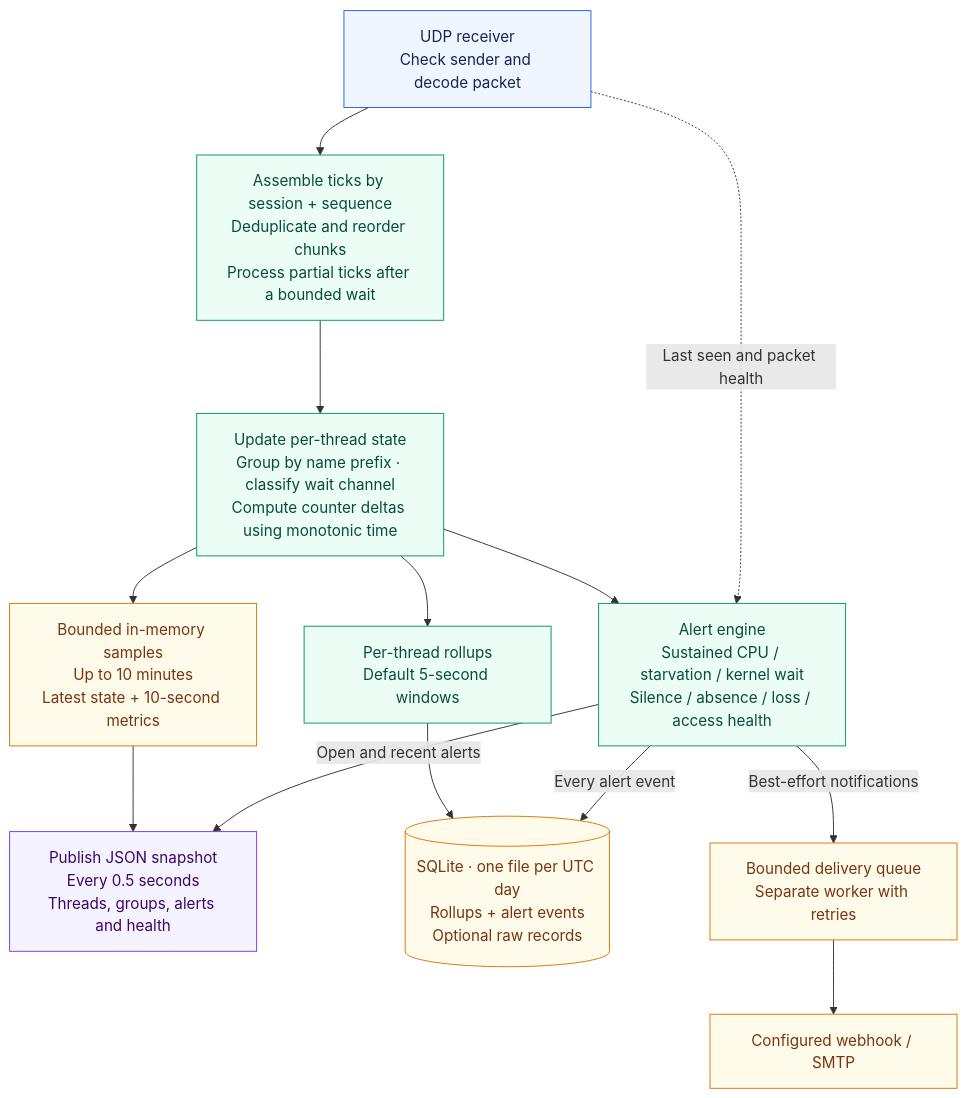
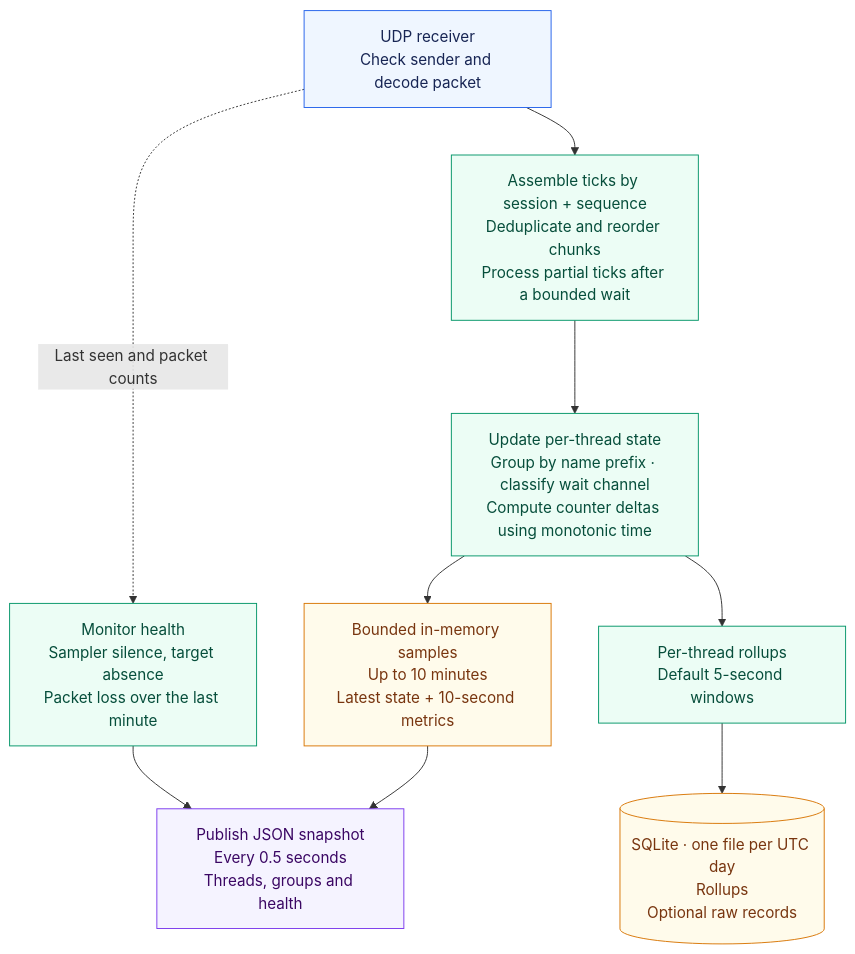
The third of 4 diagrams in docs/architecture.md (breakbadsp/triangulator), drawn with Mermaid before and after one commit. The commit also changed other lines of this file and 26 other files, not shown here.

````diff
--- a/docs/architecture.md
+++ b/docs/architecture.md
@@ -85,31 +87,25 @@
 ```mermaid
 flowchart TD
     udp["UDP receiver<br/>Check sender and decode packet"]
     merge["Assemble ticks by session + sequence<br/>Deduplicate and reorder chunks<br/>Process partial ticks after a bounded wait"]
     process["Update per-thread state<br/>Group by name prefix · classify wait channel<br/>Compute counter deltas using monotonic time"]
     live["Bounded in-memory samples<br/>Up to 10 minutes<br/>Latest state + 10-second metrics"]
     rollup["Per-thread rollups<br/>Default 5-second windows"]
-    alerts["Alert engine<br/>Sustained CPU / starvation / kernel wait<br/>Silence / absence / loss / access health"]
-    snapshot["Publish JSON snapshot<br/>Every 0.5 seconds<br/>Threads, groups, alerts and health"]
-    db[("SQLite · one file per UTC day<br/>Rollups + alert events<br/>Optional raw records")]
-    delivery["Bounded delivery queue<br/>Separate worker with retries"]
-    channels["Configured webhook / SMTP"]
+    health["Monitor health<br/>Sampler silence, target absence<br/>Packet loss over the last minute"]
+    snapshot["Publish JSON snapshot<br/>Every 0.5 seconds<br/>Threads, groups and health"]
+    db[("SQLite · one file per UTC day<br/>Rollups<br/>Optional raw records")]
 
     udp --> merge --> process
     process --> live --> snapshot
     process --> rollup --> db
-    process --> alerts
-    udp -.->|"Last seen and packet health"| alerts
-    alerts -->|"Open and recent alerts"| snapshot
-    alerts -->|"Every alert event"| db
-    alerts -->|"Best-effort notifications"| delivery --> channels
+    udp -.->|"Last seen and packet counts"| health --> snapshot
 
     classDef source fill:#eff6ff,stroke:#2563eb,color:#172554
     classDef compute fill:#ecfdf5,stroke:#059669,color:#064e3b
     classDef store fill:#fffbeb,stroke:#d97706,color:#78350f
     classDef view fill:#f5f3ff,stroke:#7c3aed,color:#3b0764
     class udp source
-    class merge,process,rollup,alerts compute
-    class live,db,delivery,channels store
+    class merge,process,rollup,health compute
+    class live,db store
     class snapshot view
 ```
````
